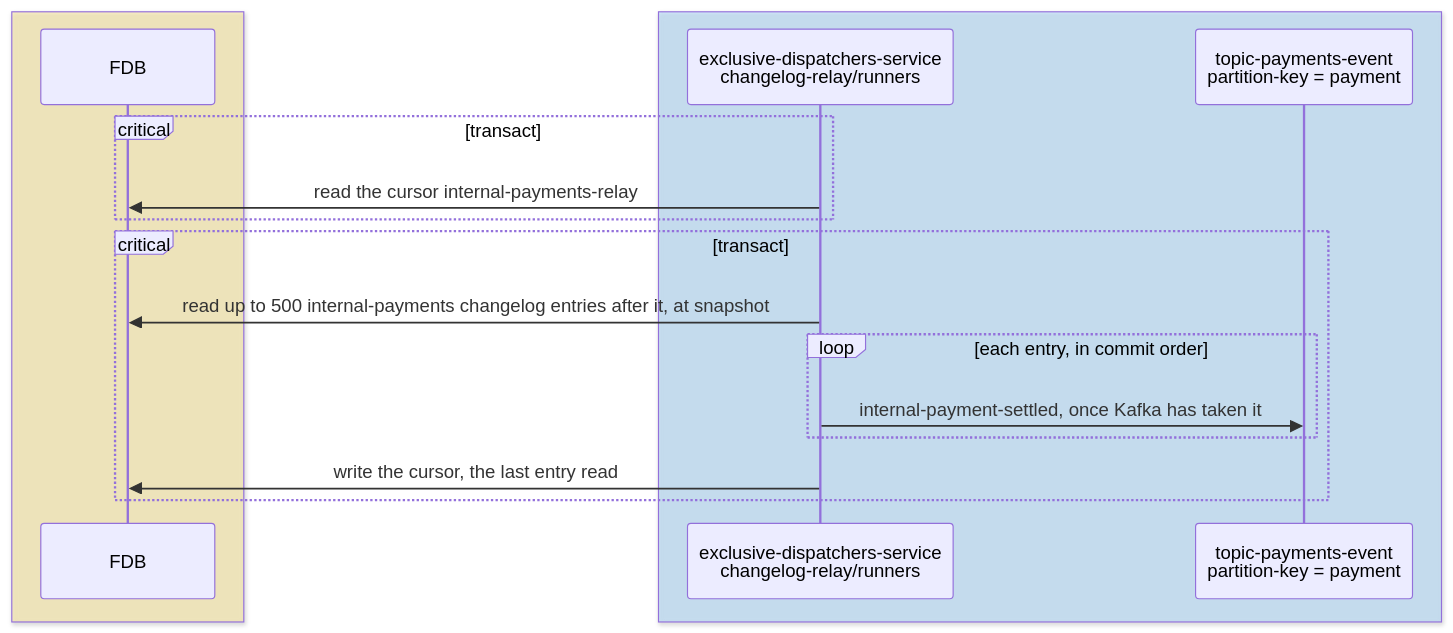
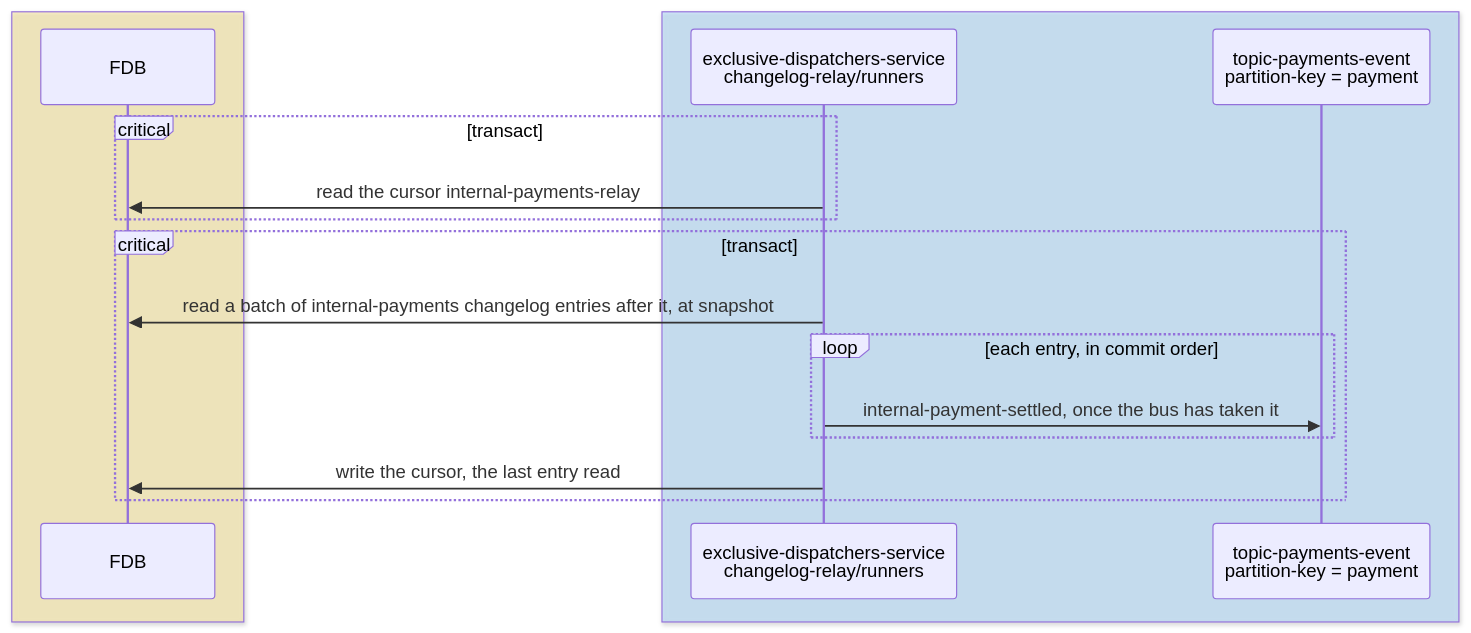
One commit to repldriven/queenswood changed the third of 7 diagrams in docs/tdd/payments-internal.md. Above: the diagram before and after it, drawn with Mermaid. The commit also changed other lines of this file, not shown here.

Commit message:
Draw the relay's pass as the batch it publishes

````diff
--- a/docs/tdd/payments-internal.md
+++ b/docs/tdd/payments-internal.md
@@ -187,20 +187,20 @@
 ```mermaid
 sequenceDiagram
     box rgba(255, 236, 153, 0.5)
     participant DB as FDB
     end
     box rgba(165, 216, 255, 0.45)
     participant RR as exclusive-dispatchers-service<br/>changelog-relay/runners
     participant PE as topic-payments-event<br/>partition-key = payment
     end
     critical transact
     RR->>DB: read the cursor internal-payments-relay
     end
     critical transact
-    RR->>DB: read up to 500 internal-payments changelog entries after it, at snapshot
+    RR->>DB: read a batch of internal-payments changelog entries after it, at snapshot
     loop each entry, in commit order
-    RR->>PE: internal-payment-settled, once Kafka has taken it
+    RR->>PE: internal-payment-settled, once the bus has taken it
     end
     RR->>DB: write the cursor, the last entry read
     end
 ```
````
